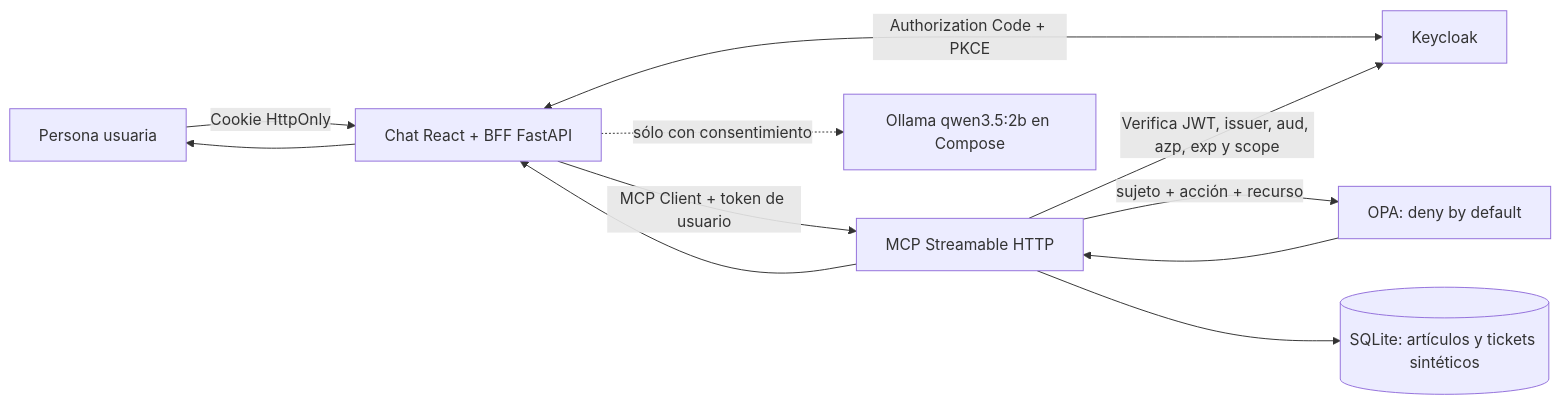
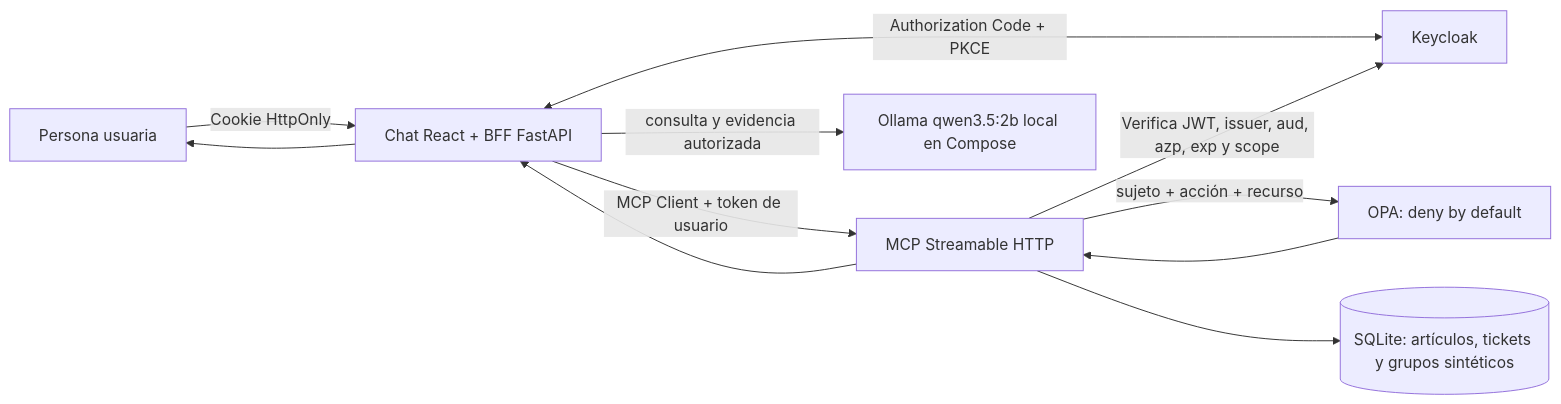
Before and after one commit to duiliomamani/tpi-seg-infra: the diagram in README.md, drawn with Mermaid. The commit also changed other lines of this file and 20 other files, not shown here.

````diff
--- a/README.md
+++ b/README.md
@@ -74,11 +79,11 @@
 ```mermaid
 flowchart LR
   U[Persona usuaria] -->|Cookie HttpOnly| B[Chat React + BFF FastAPI]
   B <-->|Authorization Code + PKCE| K[Keycloak]
   B -->|MCP Client + token de usuario| M[MCP Streamable HTTP]
   M -->|Verifica JWT, issuer, aud, azp, exp y scope| K
   M -->|sujeto + acción + recurso| O[OPA: deny by default]
-  M --> D[(SQLite: artículos y tickets sintéticos)]
+  M --> D[(SQLite: artículos, tickets y grupos sintéticos)]
   O --> M --> B --> U
-  B -. sólo con consentimiento .-> L[Ollama qwen3.5:2b en Compose]
+  B -->|consulta y evidencia autorizada| L[Ollama qwen3.5:2b local en Compose]
 ```
````
